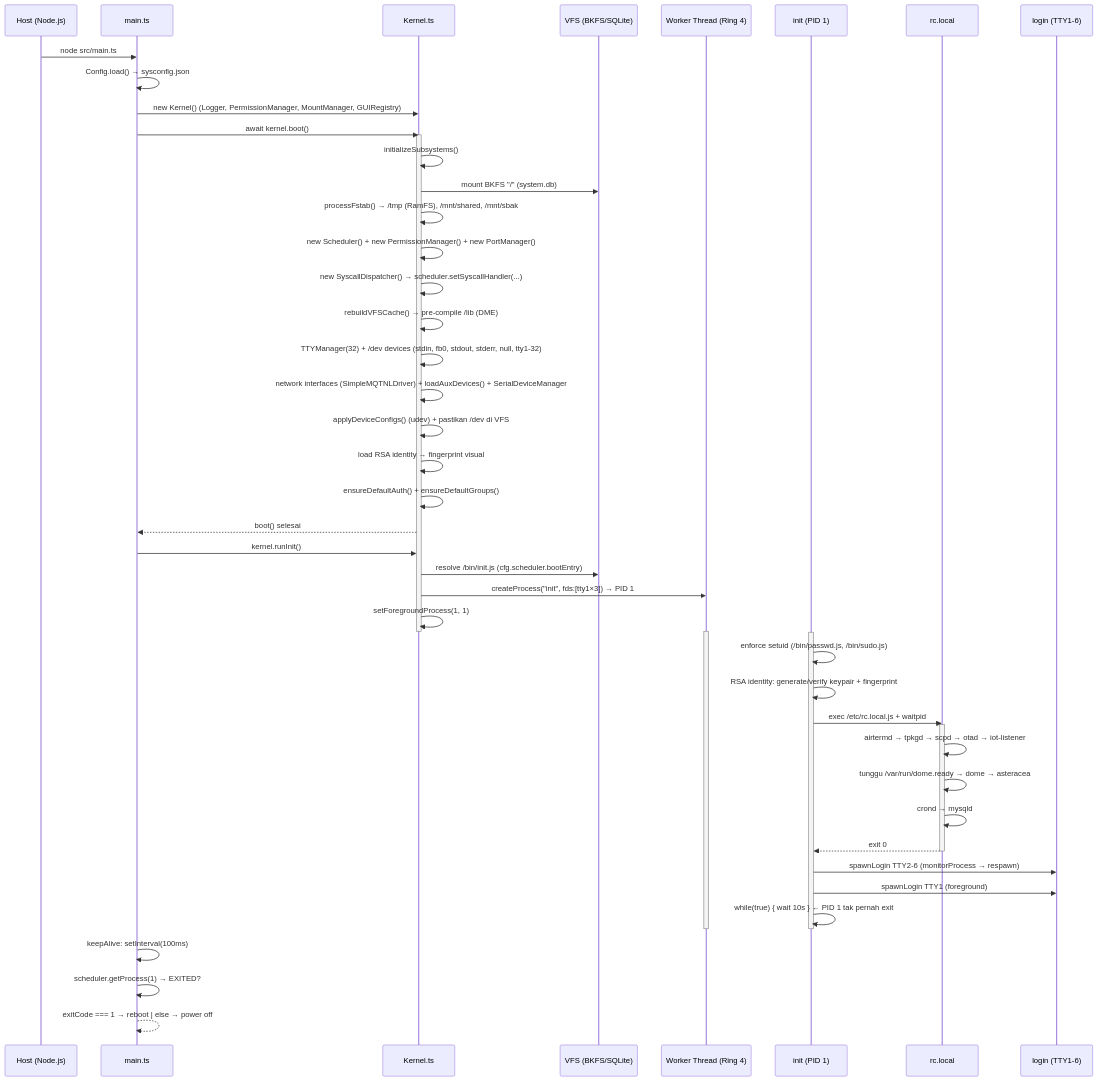
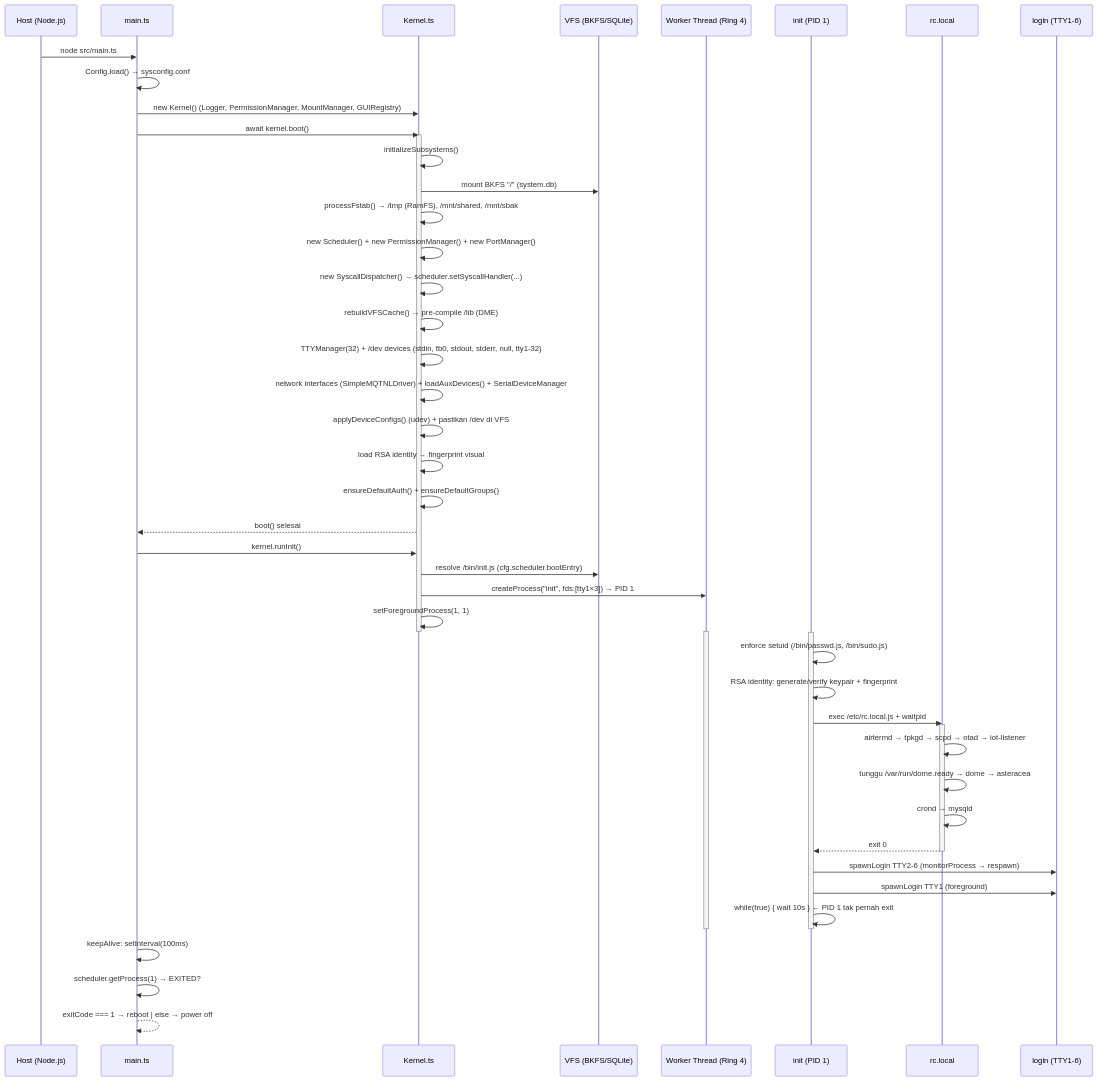
One commit to codeforged/tsix changed the diagram in wiki/course/03-boot-sequence.en.md. Above: the diagram before and after it, drawn with Mermaid. The commit also changed other lines of this file and 70 other files, not shown here.

First line of the commit message:
feat(config): sysconfig key-value + root `/` fleksibel (BKFS/HostVFS), izin eksekusi & log kernel English

````diff
--- a/wiki/course/03-boot-sequence.en.md
+++ b/wiki/course/03-boot-sequence.en.md
@@ -34,58 +34,58 @@
 ```mermaid
 sequenceDiagram
     participant H as Host (Node.js)
     participant M as main.ts
     participant K as Kernel.ts
     participant V as VFS (BKFS/SQLite)
     participant W as Worker Thread (Ring 4)
     participant I as init (PID 1)
     participant R as rc.local
     participant L as login (TTY1-6)
 
     H->>M: node src/main.ts
-    M->>M: Config.load() → sysconfig.json
+    M->>M: Config.load() → sysconfig.conf
     M->>K: new Kernel() (Logger, PermissionManager, MountManager, GUIRegistry)
     M->>K: await kernel.boot()
 
     activate K
     K->>K: initializeSubsystems()
     K->>V: mount BKFS "/" (system.db)
     K->>K: processFstab() → /tmp (RamFS), /mnt/shared, /mnt/sbak
     K->>K: new Scheduler() + new PermissionManager() + new PortManager()
     K->>K: new SyscallDispatcher() → scheduler.setSyscallHandler(...)
     K->>K: rebuildVFSCache() → pre-compile /lib (DME)
     K->>K: TTYManager(32) + /dev devices (stdin, fb0, stdout, stderr, null, tty1-32)
     K->>K: network interfaces (SimpleMQTNLDriver) + loadAuxDevices() + SerialDeviceManager
     K->>K: applyDeviceConfigs() (udev) + pastikan /dev di VFS
     K->>K: load RSA identity → fingerprint visual
     K->>K: ensureDefaultAuth() + ensureDefaultGroups()
     K-->>M: boot() selesai
 
     M->>K: kernel.runInit()
     K->>V: resolve /bin/init.js (cfg.scheduler.bootEntry)
     K->>W: createProcess("init", fds:[tty1×3]) → PID 1
     K->>K: setForegroundProcess(1, 1)
     deactivate K
 
     activate W
     activate I
     I->>I: enforce setuid (/bin/passwd.js, /bin/sudo.js)
     I->>I: RSA identity: generate/verify keypair + fingerprint
     I->>R: exec /etc/rc.local.js + waitpid
     activate R
     R->>R: airtermd → tpkgd → scpd → otad → iot-listener
     R->>R: tunggu /var/run/dome.ready → dome → asteracea
     R->>R: crond → mysqld
     R-->>I: exit 0
     deactivate R
 
     I->>L: spawnLogin TTY2-6 (monitorProcess → respawn)
     I->>L: spawnLogin TTY1 (foreground)
     I->>I: while(true) { wait 10s }  ← PID 1 tak pernah exit
     deactivate I
     deactivate W
 
     M->>M: keepAlive: setInterval(100ms)
     M->>M: scheduler.getProcess(1) → EXITED?
     M-->>M: exitCode === 1 → reboot | else → power off
 ```
````
